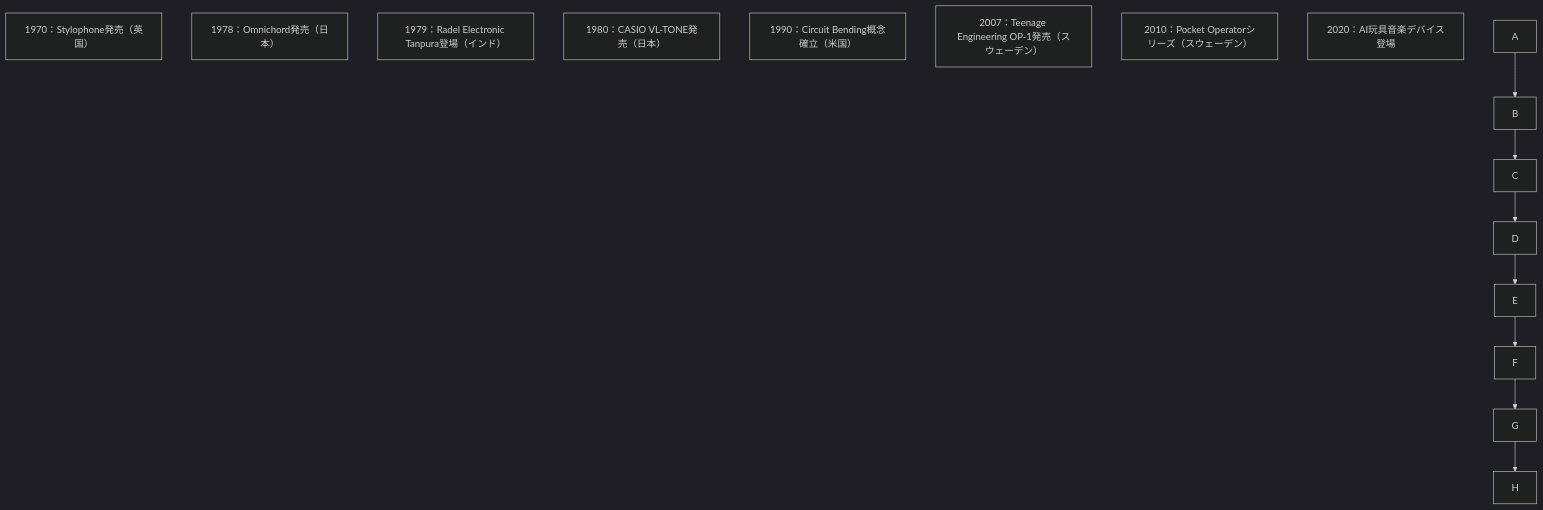
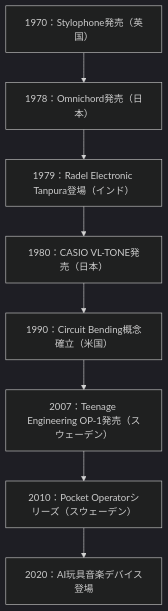
One commit to monumental-movement/monumental-movement.github.io changed the diagram in _posts/2025-10-12-Column-Strange-Musical-Toys.md. Above: the diagram before and after it, drawn with Mermaid (dark theme). The commit also changed other lines of this file and 2 other files, not shown here.

```diff
--- a/_posts/2025-10-12-Column-Strange-Musical-Toys.md
+++ b/_posts/2025-10-12-Column-Strange-Musical-Toys.md
@@ -167,15 +167,16 @@
 <div class="mermaid">
 
 flowchart TD
+
     A1970["1970：Stylophone発売（英国）"]
     B1978["1978：Omnichord発売（日本）"]
     C1979["1979：Radel Electronic Tanpura登場（インド）"]
     D1980["1980：CASIO VL-TONE発売（日本）"]
     E1990["1990：Circuit Bending概念確立（米国）"]
     F2007["2007：Teenage Engineering OP-1発売（スウェーデン）"]
     G2010["2010：Pocket Operatorシリーズ（スウェーデン）"]
     H2020["2020：AI玩具音楽デバイス登場"]
     
-    A --> B --> C --> D --> E --> F --> G --> H
+    A1970 --> B1978 --> C1979 --> D1980 --> E1990 --> F2007 --> G2010 --> H2020
 
 </div>
```
